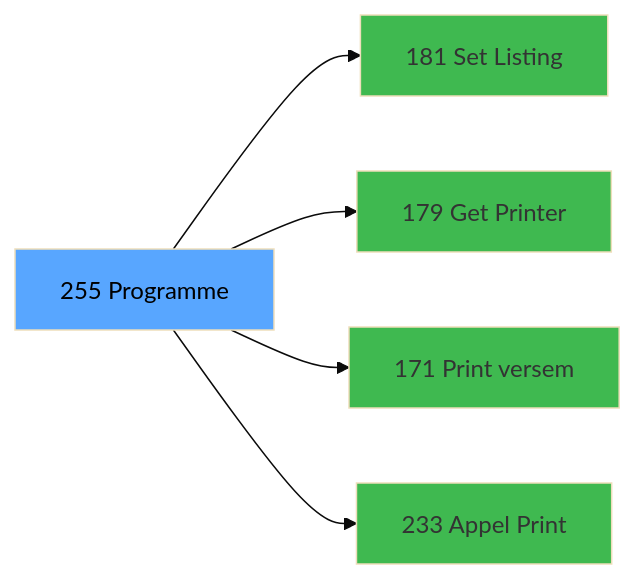
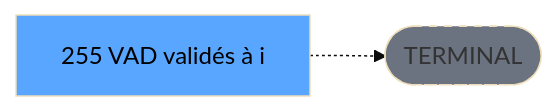
One commit to thonyAGP/lecteur-magic changed the third of 3 diagrams in .openspec/renders/ADH-IDE-255.md. Above: the diagram before and after it, drawn with Mermaid (base theme). The commit also changed other lines of this file and 701 other files, not shown here.

````diff
--- a/.openspec/renders/ADH-IDE-255.md
+++ b/.openspec/renders/ADH-IDE-255.md
@@ -170,17 +146,8 @@
 ```mermaid
 graph LR
-    T[255 Programme]
-    C181[181 Set Listing ]
-    T --> C181
-    C179[179 Get Printer]
-    T --> C179
-    C171[171 Print versem]
-    T --> C171
-    C233[233 Appel Print ]
-    T --> C233
+    T[255 VAD validés à i]
+    TERM([TERMINAL])
+    T -.-> TERM
+    style TERM fill:#6b7280,stroke-dasharray: 5 5
     style T fill:#58a6ff,color:#000
-    style C181 fill:#3fb950
-    style C179 fill:#3fb950
-    style C171 fill:#3fb950
-    style C233 fill:#3fb950
 ```
````
